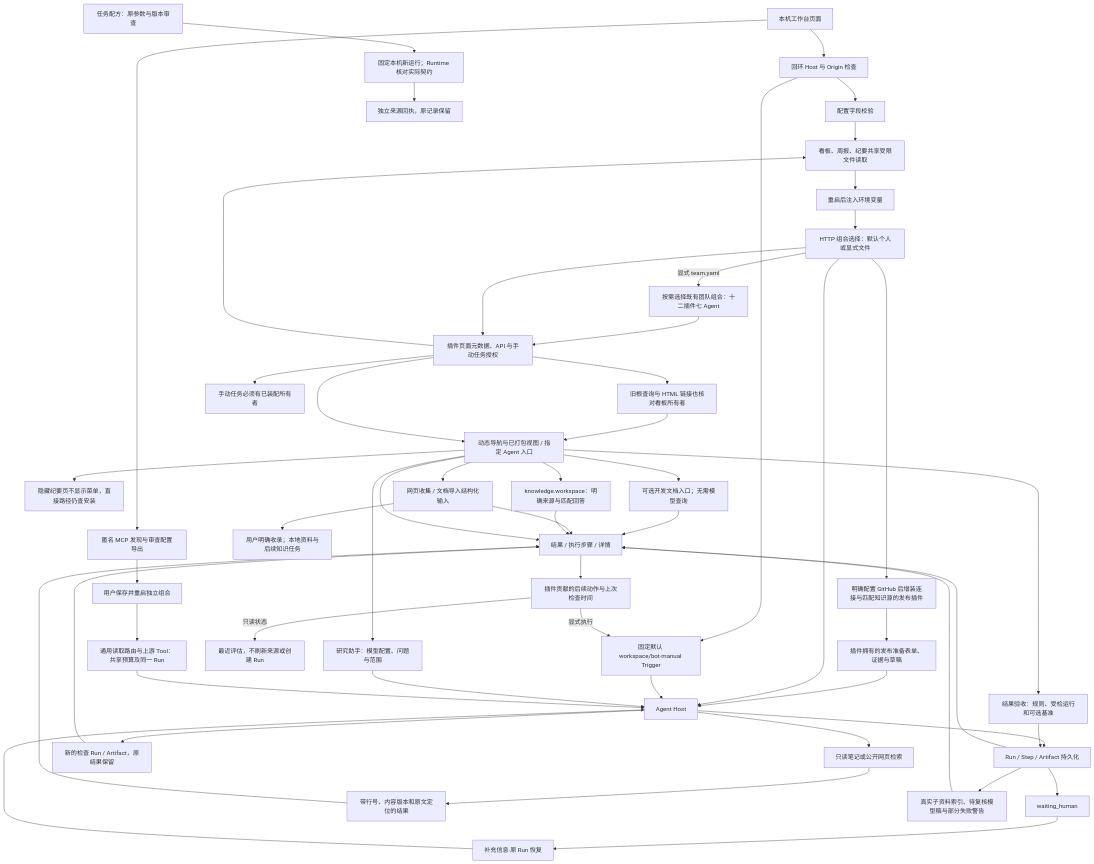
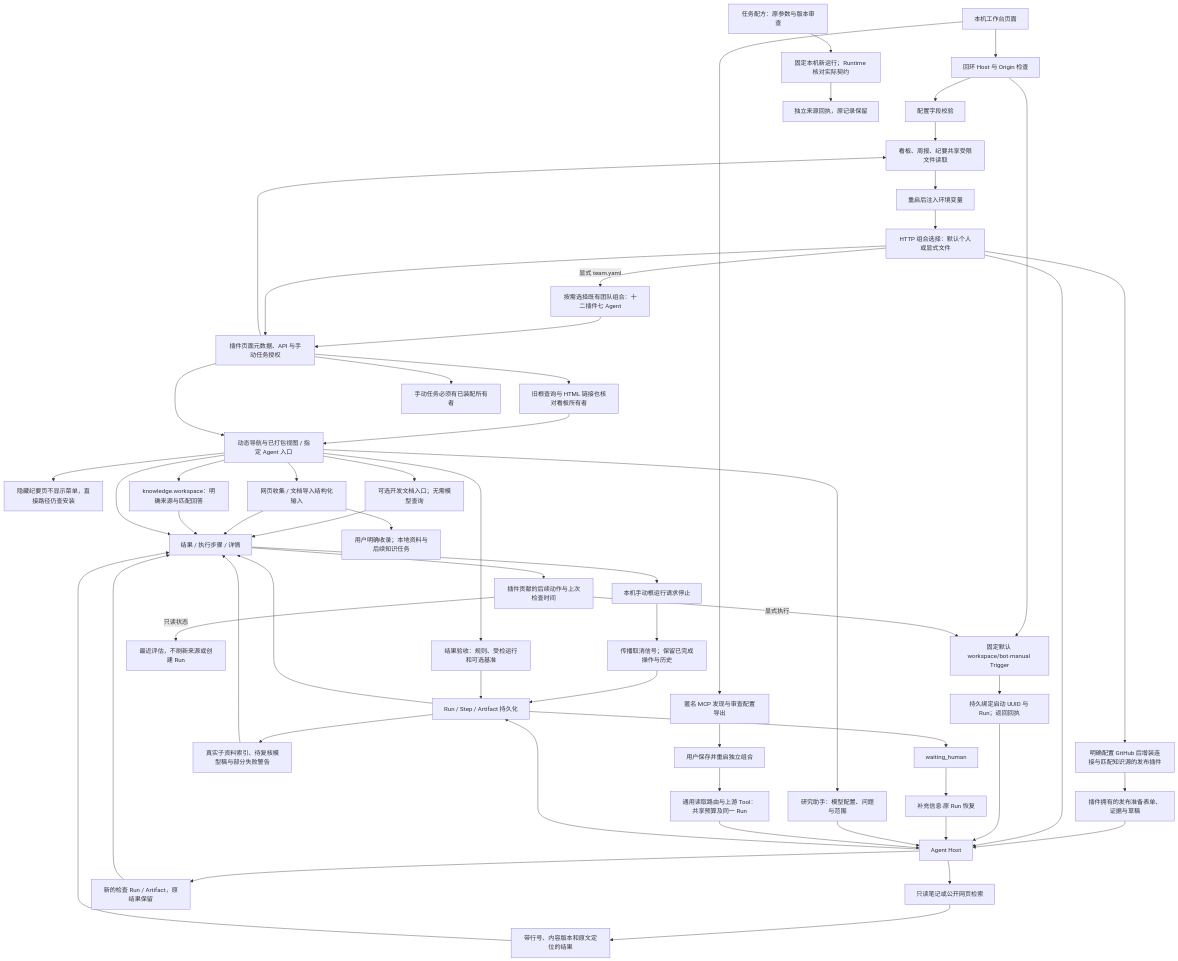
The first of 9 diagrams in backend/src/platform/workspace/FEATURE.md (KlayPeter/AI-Delivery-Ops-Agent), drawn with Mermaid before and after one commit. The commit also changed other lines of this file and 29 other files, not shown here.

````diff
--- a/backend/src/platform/workspace/FEATURE.md
+++ b/backend/src/platform/workspace/FEATURE.md
@@ -19,56 +19,60 @@
 ```mermaid
 flowchart TD
     UI[本机工作台页面] --> G[回环 Host 与 Origin 检查]
     G --> CFG[配置字段校验]
     CFG --> FILE[connections.json 原子写入·0600]
     FILE --> BOOT[重启后注入环境变量]
     BOOT --> PL[HTTP 组合选择：默认个人或显式文件]
     PL -- 显式 team.yaml --> TEAM[按需选择既有团队组合：十二插件七 Agent]
     TEAM --> WEB
     PL --> GH[明确配置 GitHub 后增装连接与匹配知识源的发布插件]
     GH --> RP[插件拥有的发布准备表单、证据与草稿]
     RP --> H
     PL --> H[Agent Host]
     G --> T[固定默认 workspace/bot·manual Trigger]
-    T --> H
+    T --> ACK[持久绑定启动 UUID 与 Run；返回回执]
+    ACK --> H
+    V --> CANCEL[本机手动根运行请求停止]
+    CANCEL --> SIGNAL[传播取消信号；保留已完成操作与历史]
+    SIGNAL --> R
     H --> R[Run / Step / Artifact 持久化]
     R --> V[结果 / 执行步骤 / 详情]
     R --> WAIT[waiting_human]
     WAIT --> REPLY[补充信息·原 Run 恢复]
     REPLY --> H
     H --> K[只读笔记或公开网页检索]
     K --> EV[带行号、内容版本和原文定位的结果]
     EV --> V
     PL --> WEB[插件页面元数据、API 与手动任务授权]
     WEB --> ALIAS[旧根查询与 HTML 链接也核对看板所有者]
     ALIAS --> NAV
     WEB --> NAV[动态导航与已打包视图 / 指定 Agent 入口]
     NAV --> HIDDEN[隐藏纪要页不显示菜单，直接路径仍查安装]
     WEB --> FILE[看板、周报、纪要共享受限文件读取]
     NAV --> C7[可选开发文档入口；无需模型查询]
     C7 --> V
     NAV --> COL[网页收集 / 文档导入结构化输入]
     COL --> V
     NAV --> RS[研究助手：模型配置、问题与范围]
     RS --> H
     R --> RSINDEX[真实子资料索引、待复核模型稿与部分失败警告]
     RSINDEX --> V
     NAV --> KW[knowledge.workspace：明确来源与匹配回答]
     KW --> V
     NAV --> V
     WEB --> JOBS[手动任务必须有已装配所有者]
     V --> ACT[插件贡献的后续动作与上次检查时间]
     ACT -- 只读状态 --> KV[最近评估，不刷新来源或创建 Run]
     ACT -- 显式执行 --> T
     H --> CHECK[新的检查 Run / Artifact，原结果保留]
     CHECK --> V
     COL --> KLIB[用户明确收录；本地资料与后续知识任务]
     NAV --> QCP[结果验收：规则、受检运行和可选基准]
     QCP --> R
     UI --> MCPSETUP[匿名 MCP 发现与审查配置导出]
     MCPSETUP --> MCPRESTART[用户保存并重启独立组合]
     MCPRESTART --> MCPRUN[通用读取路由与上游 Tool：共享预算及同一 Run]
     MCPRUN --> H
     REC[任务配方：原参数与版本审查] --> RECRUN[固定本机新运行；Runtime 核对实际契约]
     RECRUN --> RECEIPT[独立来源回执，原记录保留]
 ```
````
